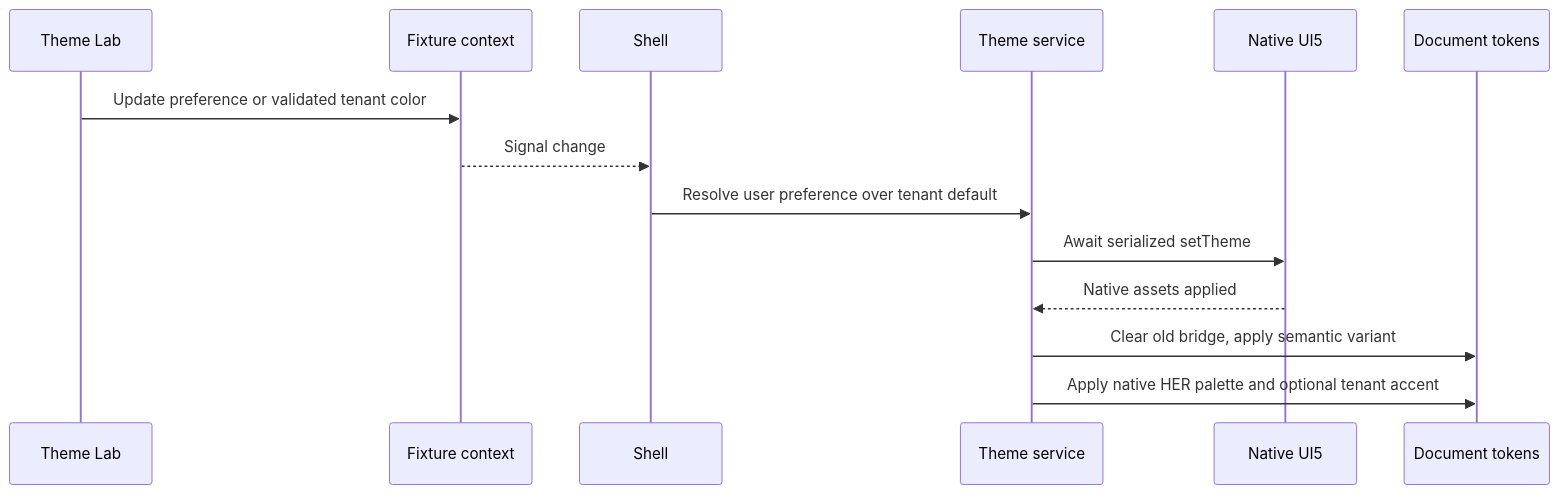
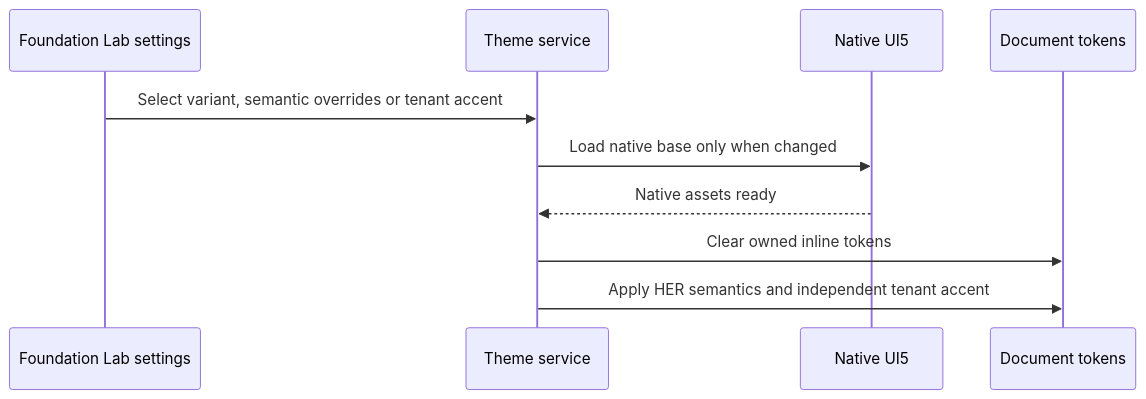
Before and after one commit to alarhoo/empflowyee: the second of 2 diagrams in docs/hcm/architecture/shell/README.md, drawn with Mermaid. The commit also changed other lines of this file and 116 other files, not shown here.

Commit message:
feat(hcm): ux foundation theme lab

````diff
--- a/docs/hcm/architecture/shell/README.md
+++ b/docs/hcm/architecture/shell/README.md
@@ -65,16 +45,12 @@
 ```mermaid
 sequenceDiagram
-    participant Lab as Theme Lab
-    participant Context as Fixture context
-    participant Shell as Shell
+    participant Lab as Foundation Lab settings
     participant Theme as Theme service
     participant UI5 as Native UI5
     participant DOM as Document tokens
-    Lab->>Context: Update preference or validated tenant color
-    Context-->>Shell: Signal change
-    Shell->>Theme: Resolve user preference over tenant default
-    Theme->>UI5: Await serialized setTheme
-    UI5-->>Theme: Native assets applied
-    Theme->>DOM: Clear old bridge, apply semantic variant
-    Theme->>DOM: Apply native HER palette and optional tenant accent
+    Lab->>Theme: Select variant, semantic overrides or tenant accent
+    Theme->>UI5: Load native base only when changed
+    UI5-->>Theme: Native assets ready
+    Theme->>DOM: Clear owned inline tokens
+    Theme->>DOM: Apply HER semantics and independent tenant accent
 ```
````
